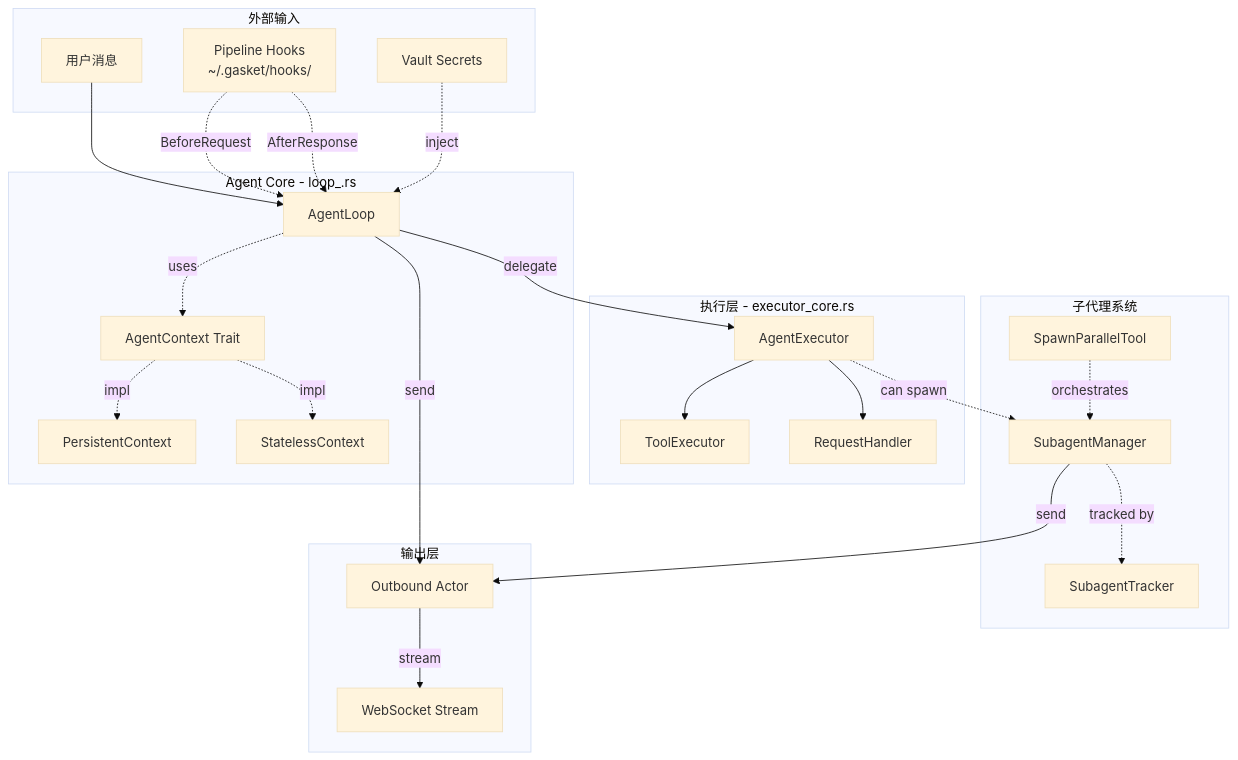
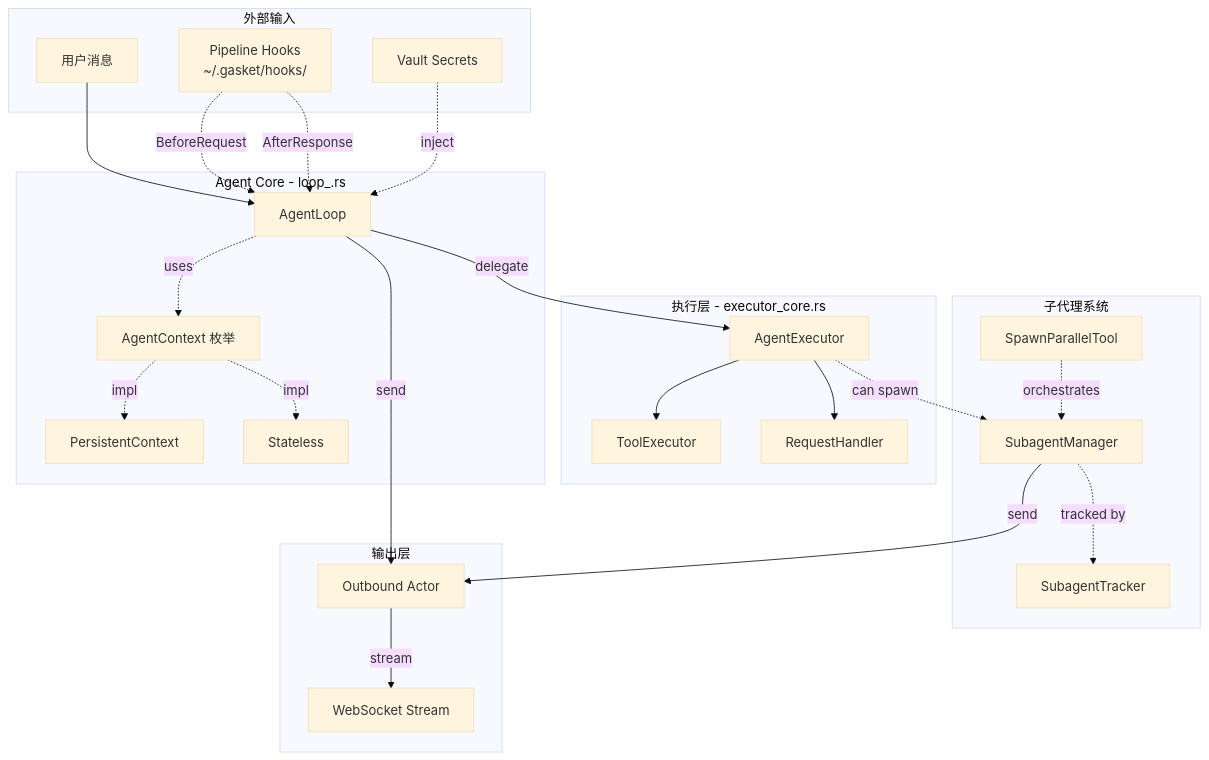
One commit to yeheng/nanobot-rs changed the first of 4 diagrams in docs/agent_flow.md. Above: the diagram before and after it, drawn with Mermaid (base theme). The commit also changed other lines of this file and 22 other files, not shown here.

````diff
--- a/docs/agent_flow.md
+++ b/docs/agent_flow.md
@@ -9,53 +9,53 @@
 ```mermaid
 flowchart TB
     subgraph External["外部输入"]
         User[用户消息]
         Hook[Pipeline Hooks<br/>~/.gasket/hooks/]
         Vault[Vault Secrets]
     end
 
     subgraph AgentCore["Agent Core - loop_.rs"]
         AL[AgentLoop]
-        AC[AgentContext Trait]
+        AC[AgentContext 枚举]
         PC[PersistentContext]
-        SC[StatelessContext]
+        SC[Stateless]
     end
 
     subgraph Execution["执行层 - executor_core.rs"]
         AE[AgentExecutor]
         TE[ToolExecutor]
         RH[RequestHandler]
     end
 
     subgraph Subagent["子代理系统"]
         SM[SubagentManager]
         ST[SubagentTracker]
         SPT[SpawnParallelTool]
     end
 
     subgraph Output["输出层"]
         OB[Outbound Actor]
         WS[WebSocket Stream]
     end
 
     User --> AL
     Hook -.->|BeforeRequest| AL
     Hook -.->|AfterResponse| AL
     Vault -.->|inject| AL
 
     AL -->|delegate| AE
     AE --> TE
     AE --> RH
 
     AL -.->|uses| AC
     AC -.->|impl| PC
     AC -.->|impl| SC
 
     AE -.->|can spawn| SM
     SM -.->|tracked by| ST
     SPT -.->|orchestrates| SM
 
     AL -->|send| OB
     SM -->|send| OB
     OB -->|stream| WS
 ```
````
